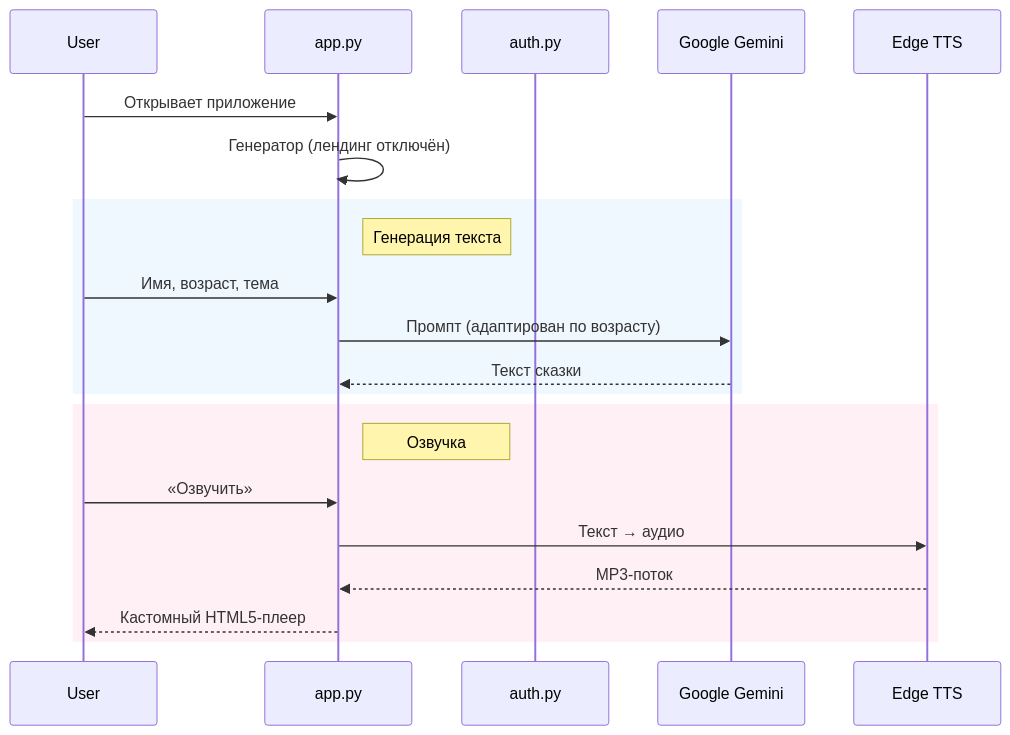
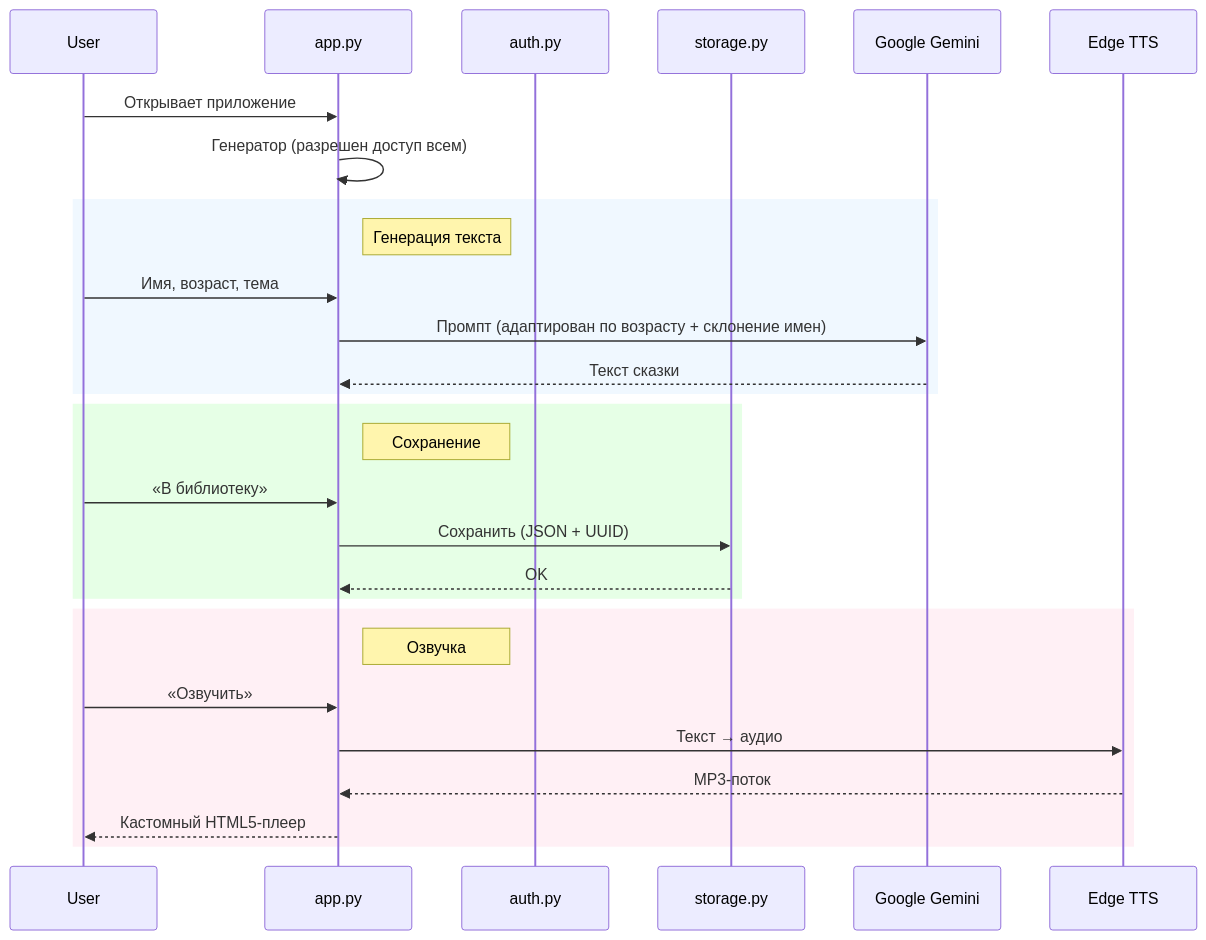
The diagram in ARCHITECTURE.md (sam-nv89/fairy_tale_generator), drawn with Mermaid before and after one commit. The commit also changed other lines of this file and 8 other files, not shown here.

````diff
--- a/ARCHITECTURE.md
+++ b/ARCHITECTURE.md
@@ -35,26 +37,34 @@
 ```mermaid
 sequenceDiagram
     participant User
     participant App as app.py
     participant Auth as auth.py
+    participant Storage as storage.py
     participant Gemini as Google Gemini
     participant TTS as Edge TTS
 
     User->>App: Открывает приложение
-    App->>App: Генератор (лендинг отключён)
+    App->>App: Генератор (разрешен доступ всем)
 
     rect rgb(240, 248, 255)
         note right of App: Генерация текста
         User->>App: Имя, возраст, тема
-        App->>Gemini: Промпт (адаптирован по возрасту)
+        App->>Gemini: Промпт (адаптирован по возрасту + склонение имен)
         Gemini-->>App: Текст сказки
+    end
+
+    rect rgb(230, 255, 230)
+        note right of App: Сохранение
+        User->>App: «В библиотеку»
+        App->>Storage: Сохранить (JSON + UUID)
+        Storage-->>App: OK
     end
 
     rect rgb(255, 240, 245)
         note right of App: Озвучка
         User->>App: «Озвучить»
         App->>TTS: Текст → аудио
         TTS-->>App: MP3-поток
         App-->>User: Кастомный HTML5-плеер
     end
 ```
````
